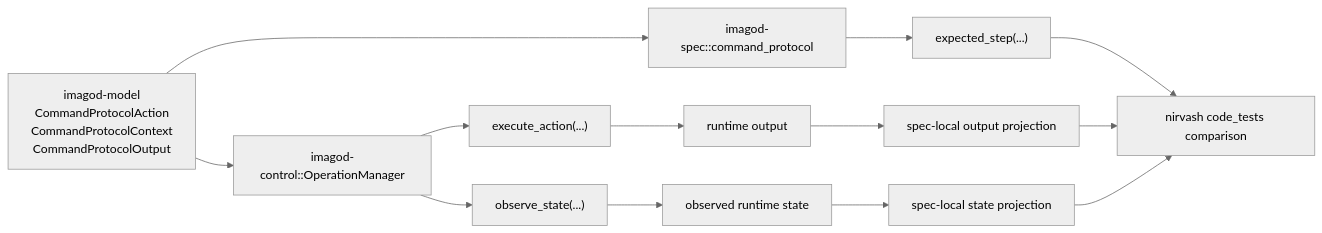
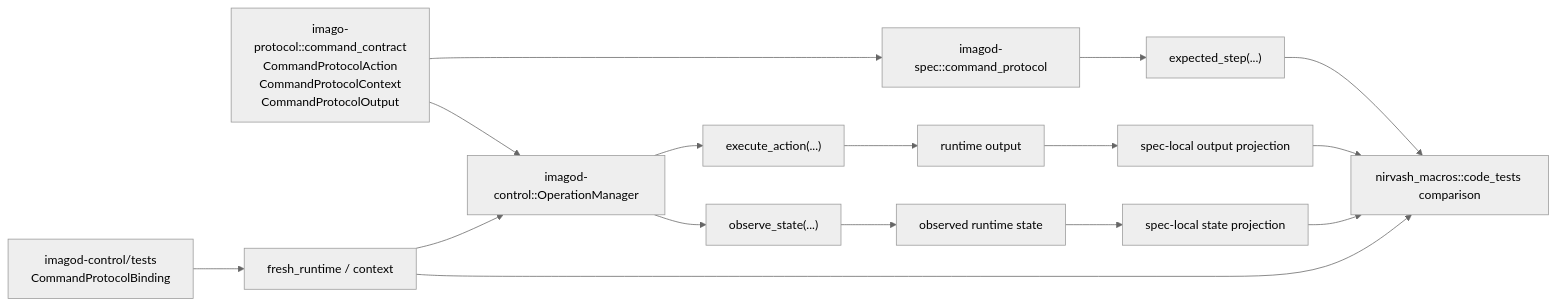
The fifth of 5 diagrams in docs/nirvash-and-imagod-control.md (yieldspace/imago), drawn with Mermaid (neutral theme) before and after one commit. The commit also changed other lines of this file and 38 other files, not shown here.

````diff
--- a/docs/nirvash-and-imagod-control.md
+++ b/docs/nirvash-and-imagod-control.md
@@ -142,15 +146,18 @@
 ```mermaid
 flowchart LR
-    A["imagod-model<br/>CommandProtocolAction<br/>CommandProtocolContext<br/>CommandProtocolOutput"] --> B["imagod-spec::command_protocol"]
+    A["imago-protocol::command_contract<br/>CommandProtocolAction<br/>CommandProtocolContext<br/>CommandProtocolOutput"] --> B["imagod-spec::command_protocol"]
     A --> C["imagod-control::OperationManager"]
     B --> D["expected_step(...)"]
+    F["imagod-control/tests<br/>CommandProtocolBinding"] --> G["fresh_runtime / context"]
+    G --> C
     C --> E["execute_action(...)"]
-    C --> F["observe_state(...)"]
-    E --> G["runtime output"]
-    F --> H["observed runtime state"]
-    G --> I["spec-local output projection"]
-    H --> J["spec-local state projection"]
-    D --> K["nirvash code_tests comparison"]
-    I --> K
-    J --> K
+    C --> H["observe_state(...)"]
+    E --> I["runtime output"]
+    H --> J["observed runtime state"]
+    I --> K["spec-local output projection"]
+    J --> L["spec-local state projection"]
+    D --> M["nirvash_macros::code_tests comparison"]
+    G --> M
+    K --> M
+    L --> M
 ```
````
